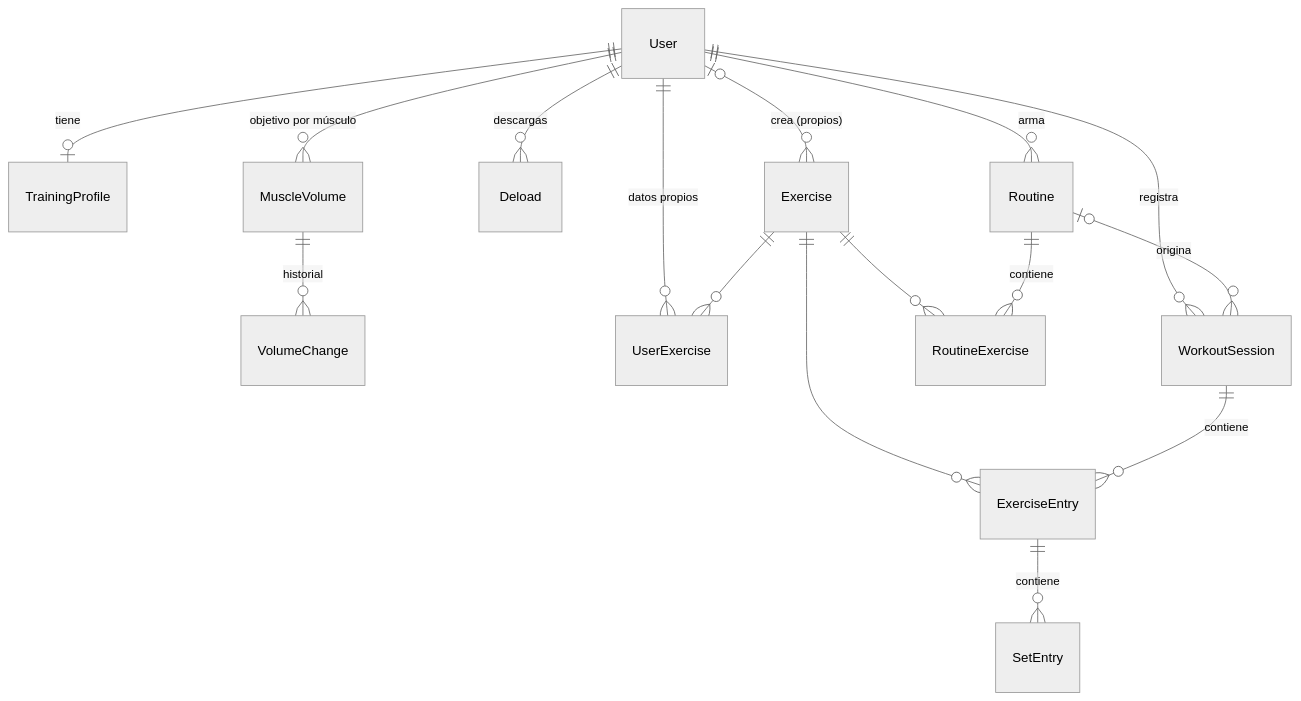
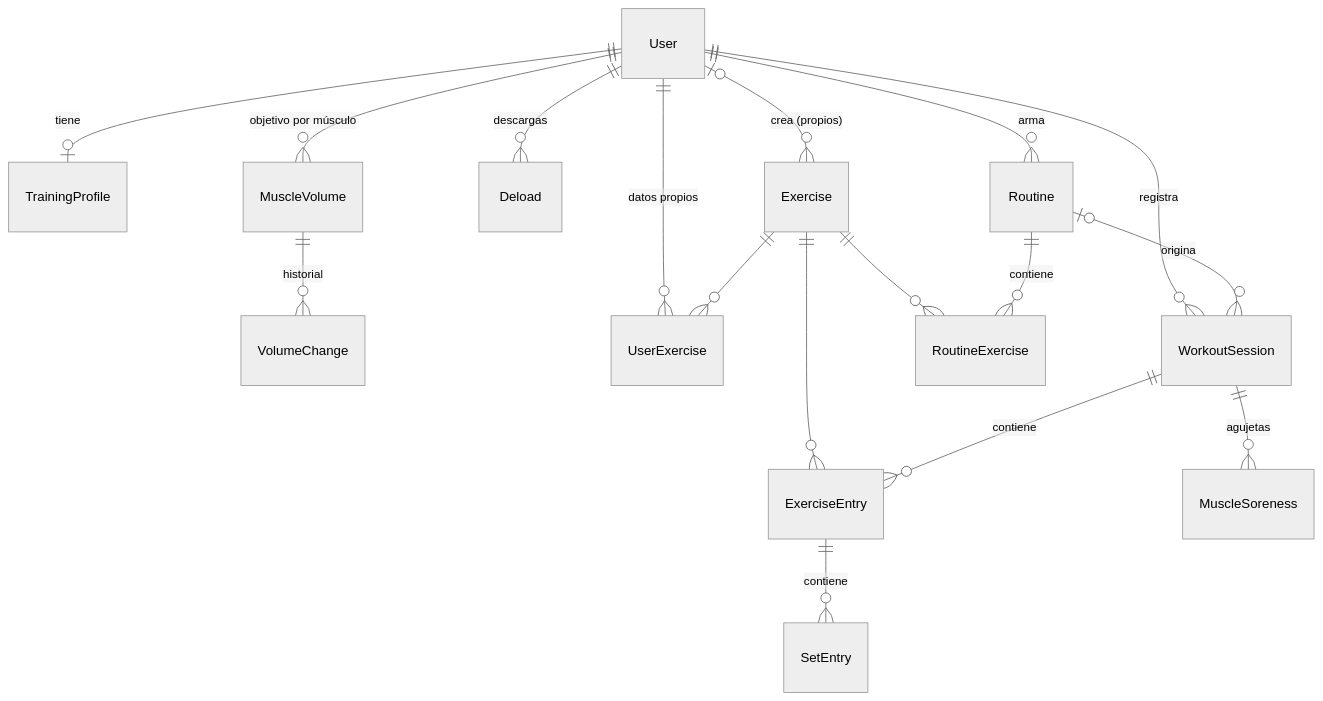
The diagram in docs/modelo-datos.md (mvrtin64/gym-tracker), drawn with Mermaid (neutral theme) before and after one commit. The commit also changed other lines of this file and 21 other files, not shown here.

````diff
--- a/docs/modelo-datos.md
+++ b/docs/modelo-datos.md
@@ -5,18 +5,19 @@
 ```mermaid
 erDiagram
   User ||--o| TrainingProfile : tiene
   User ||--o{ MuscleVolume : "objetivo por músculo"
   MuscleVolume ||--o{ VolumeChange : historial
   User ||--o{ Deload : "descargas"
   User ||--o{ UserExercise : "datos propios"
   User ||--o{ Routine : arma
   User ||--o{ WorkoutSession : registra
   User |o--o{ Exercise : "crea (propios)"
   Exercise ||--o{ UserExercise : ""
   Exercise ||--o{ RoutineExercise : ""
   Exercise ||--o{ ExerciseEntry : ""
   Routine ||--o{ RoutineExercise : contiene
   Routine |o--o{ WorkoutSession : origina
   WorkoutSession ||--o{ ExerciseEntry : contiene
+  WorkoutSession ||--o{ MuscleSoreness : agujetas
   ExerciseEntry ||--o{ SetEntry : contiene
 ```
````
